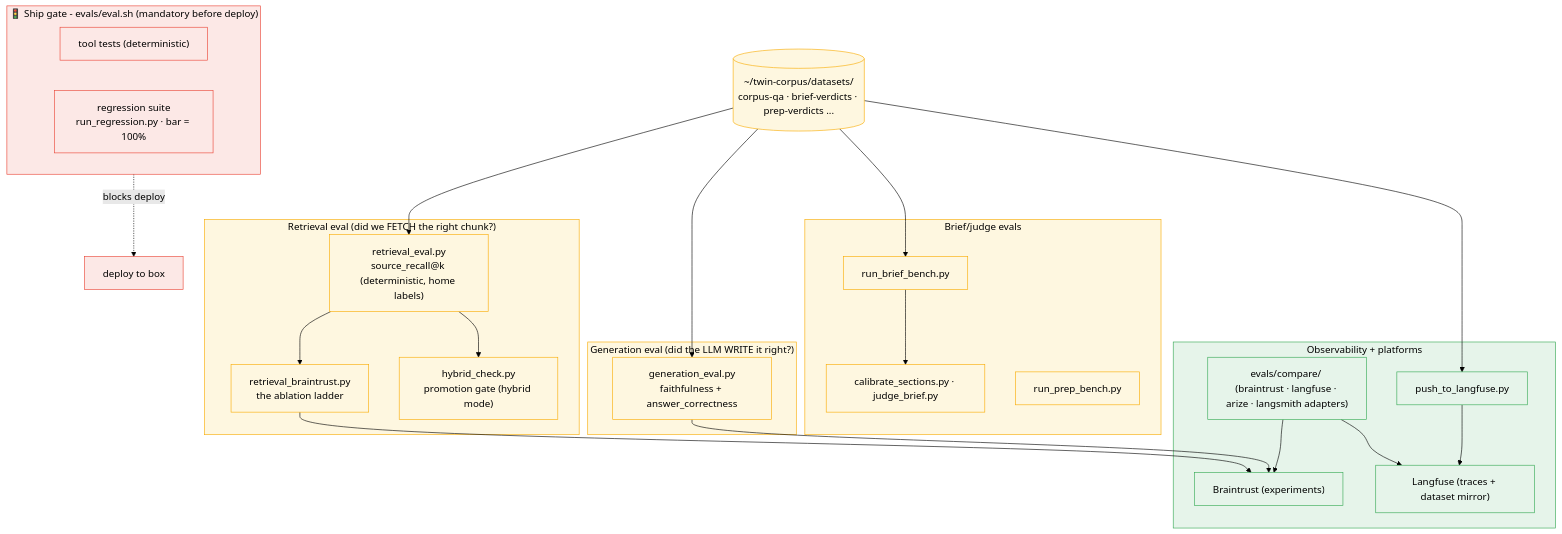
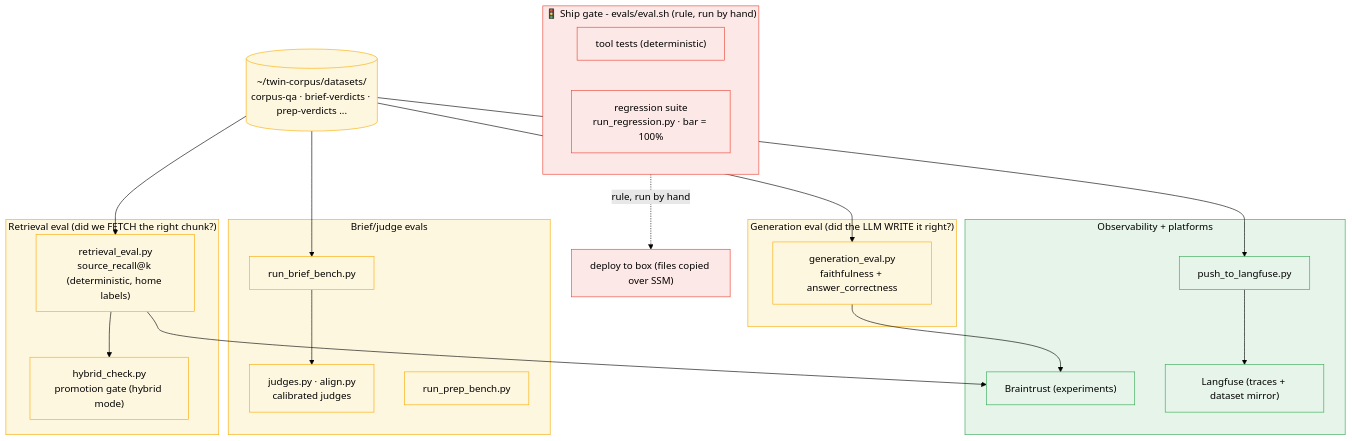
Before and after one commit to danielpuri1901/twin-mind: the fifth of 6 diagrams in docs/architecture-map.md, drawn with Mermaid (forest theme). The commit also changed other lines of this file and 3 other files, not shown here.

First line of the commit message:
docs: CLAUDE.md, README and architecture map describe the Letta chat and systemd jobs

````diff
--- a/docs/architecture-map.md
+++ b/docs/architecture-map.md
@@ -184,48 +188,45 @@
 ```mermaid
 flowchart TB
-    subgraph GATE["🚦 Ship gate - evals/eval.sh (mandatory before deploy)"]
+    subgraph GATE["🚦 Ship gate - evals/eval.sh (rule, run by hand)"]
         TT["tool tests (deterministic)"]
         REG["regression suite<br/>run_regression.py · bar = 100%"]
     end
 
     subgraph RETR["Retrieval eval (did we FETCH the right chunk?)"]
         RE["retrieval_eval.py<br/>source_recall@k (deterministic, home labels)"]
-        RB["retrieval_braintrust.py<br/>the ablation ladder"]
         HC["hybrid_check.py<br/>promotion gate (hybrid mode)"]
     end
 
     subgraph GENR["Generation eval (did the LLM WRITE it right?)"]
         GE["generation_eval.py<br/>faithfulness + answer_correctness"]
     end
 
     subgraph BRIEFE["Brief/judge evals"]
         BB["run_brief_bench.py"]
-        CS["calibrate_sections.py · judge_brief.py"]
+        CS["judges.py · align.py<br/>calibrated judges"]
         PB["run_prep_bench.py"]
     end
 
     subgraph PLAT["Observability + platforms"]
         BT["Braintrust (experiments)"]
         LF["Langfuse (traces + dataset mirror)"]
-        CMP["evals/compare/ (braintrust · langfuse · arize · langsmith adapters)"]
         PUSH["push_to_langfuse.py"]
     end
 
     DS[("~/twin-corpus/datasets/<br/>corpus-qa · brief-verdicts · prep-verdicts ...")]
 
     DS --> RE & GE & BB
-    RE --> RB --> BT
+    RE --> BT
     RE --> HC
     GE --> BT
     BB --> CS
     DS --> PUSH --> LF
-    CMP --> BT & LF
-    GATE -.->|blocks deploy| SHIP["deploy to box"]
+    GATE -.->|"rule, run by hand"| SHIP["deploy to box (files copied over SSM)"]
 
     classDef gate fill:#fce8e6,stroke:#ea4335,color:#000
     classDef eval fill:#fef7e0,stroke:#f9ab00,color:#000
     classDef plat fill:#e6f4ea,stroke:#34a853,color:#000
     class GATE,TT,REG,SHIP gate
-    class RETR,GENR,BRIEFE,RE,RB,HC,GE,BB,CS,PB,DS eval
-    class PLAT,BT,LF,CMP,PUSH plat
+    class RETR,GENR,BRIEFE,RE,HC,GE,BB,CS,PB,DS eval
+    class PLAT,BT,LF,PUSH plat
 ```
````
